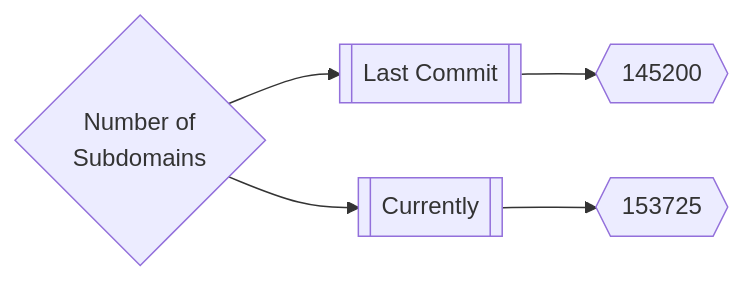
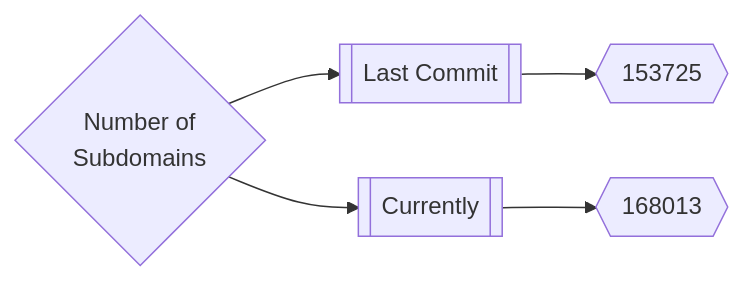
The first of 3 diagrams in README.md (trickest/inventory), drawn with Mermaid before and after one commit. The commit also changed other lines of this file, not shown here.

````diff
--- a/README.md
+++ b/README.md
@@ -165,5 +165,5 @@
 ```mermaid
 graph LR
-title{Number of<br>Subdomains} --> subdomainsDate1[[Last Commit]] --> subdomainsNum1{{145200}}
-title --> subdomainsDate2[[Currently]] --> subdomainsNum2{{153725}}
+title{Number of<br>Subdomains} --> subdomainsDate1[[Last Commit]] --> subdomainsNum1{{153725}}
+title --> subdomainsDate2[[Currently]] --> subdomainsNum2{{168013}}
 ```
````
